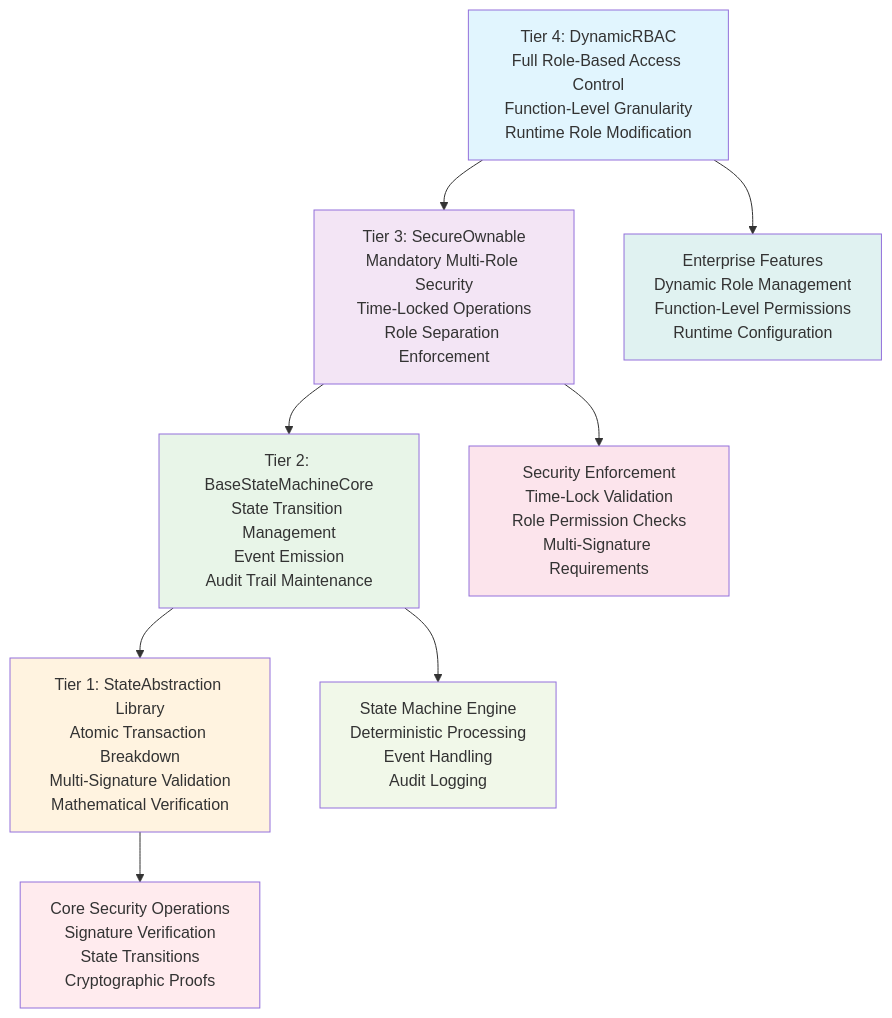
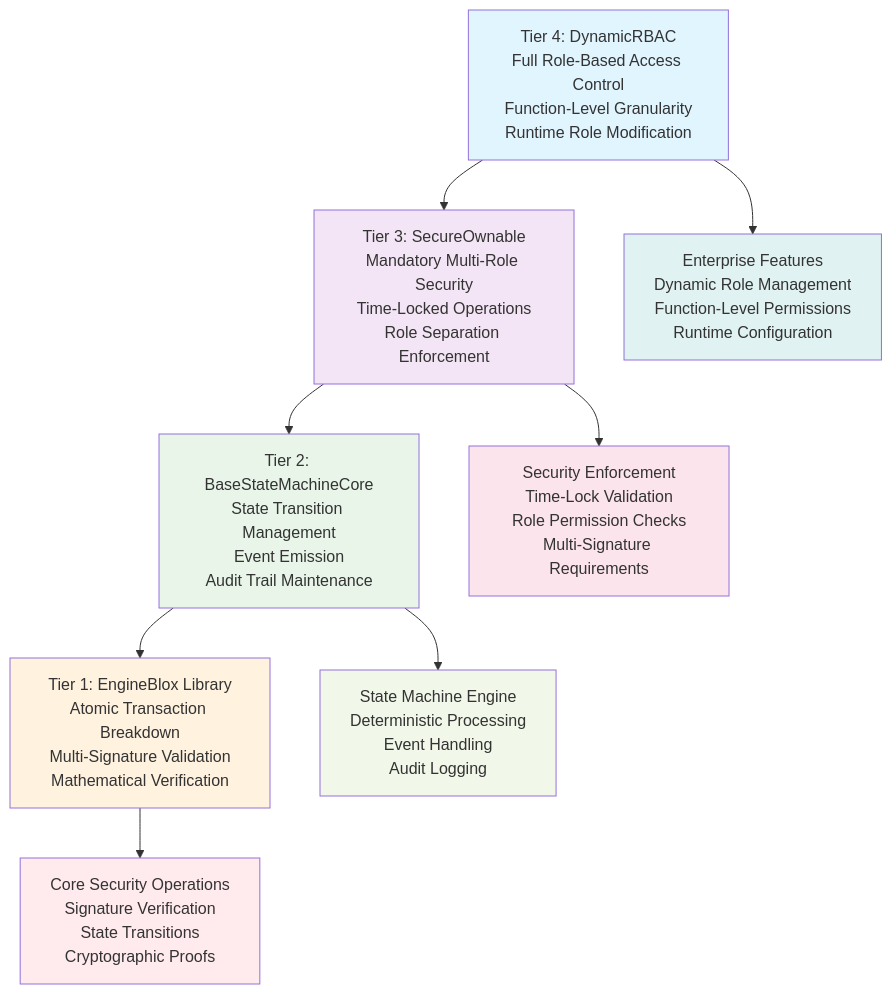
The eighth of 10 diagrams in WHITEPAPER.md (PracticalParticle/Bloxchain-Protocol), drawn with Mermaid before and after one commit. The commit also changed other lines of this file and 110 other files, not shown here.

First line of the commit message:
Rename StateAbstraction to EngineBlox across codebase

````diff
--- a/WHITEPAPER.md
+++ b/WHITEPAPER.md
@@ -421,20 +421,20 @@
 ```mermaid
 flowchart TD
     A["Tier 4: DynamicRBAC<br/>Full Role-Based Access Control<br/>Function-Level Granularity<br/>Runtime Role Modification"] --> B["Tier 3: SecureOwnable<br/>Mandatory Multi-Role Security<br/>Time-Locked Operations<br/>Role Separation Enforcement"]
     B --> C["Tier 2: BaseStateMachineCore<br/>State Transition Management<br/>Event Emission<br/>Audit Trail Maintenance"]
-    C --> D["Tier 1: StateAbstraction Library<br/>Atomic Transaction Breakdown<br/>Multi-Signature Validation<br/>Mathematical Verification"]
+    C --> D["Tier 1: EngineBlox Library<br/>Atomic Transaction Breakdown<br/>Multi-Signature Validation<br/>Mathematical Verification"]
     
     D --> E["Core Security Operations<br/>Signature Verification<br/>State Transitions<br/>Cryptographic Proofs"]
     C --> F["State Machine Engine<br/>Deterministic Processing<br/>Event Handling<br/>Audit Logging"]
     B --> G["Security Enforcement<br/>Time-Lock Validation<br/>Role Permission Checks<br/>Multi-Signature Requirements"]
     A --> H["Enterprise Features<br/>Dynamic Role Management<br/>Function-Level Permissions<br/>Runtime Configuration"]
     
     style A fill:#e1f5fe
     style B fill:#f3e5f5
     style C fill:#e8f5e8
     style D fill:#fff3e0
     style E fill:#ffebee
     style F fill:#f1f8e9
     style G fill:#fce4ec
     style H fill:#e0f2f1
 ```
````
